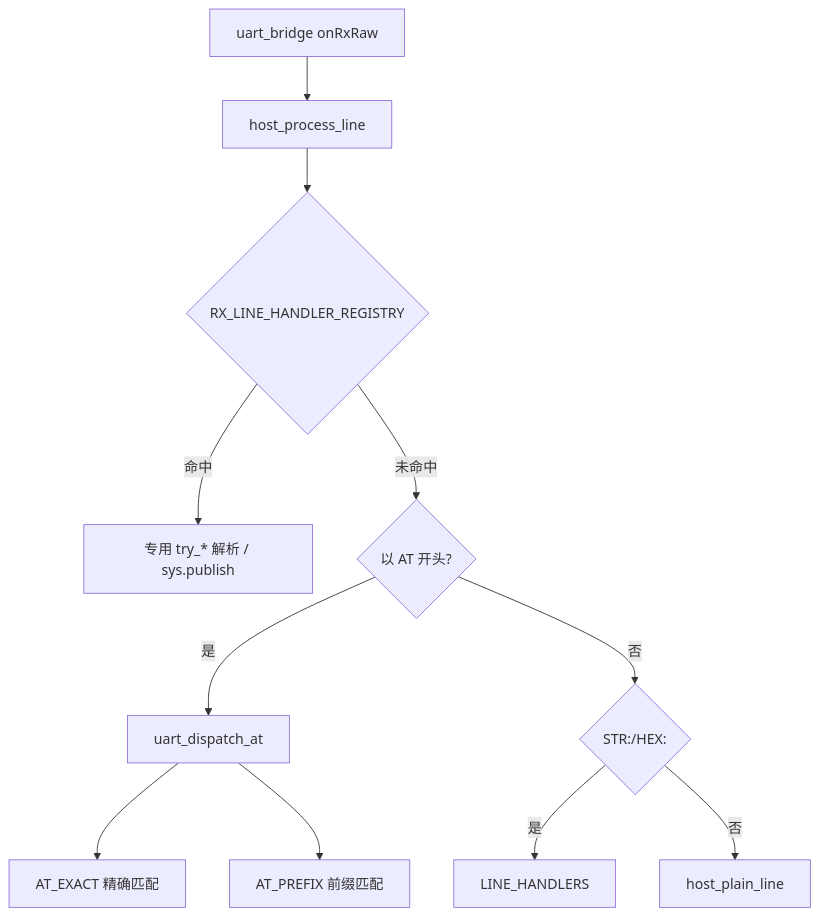
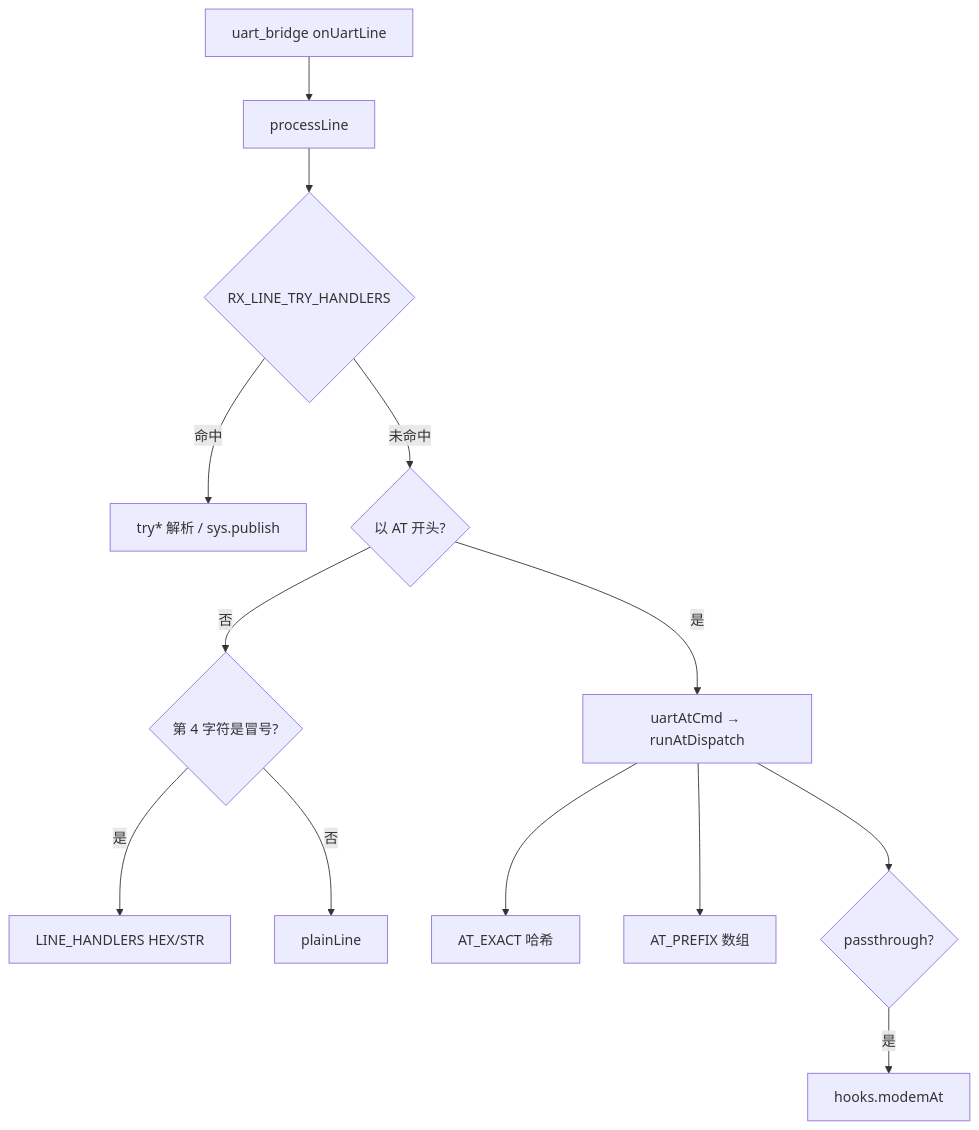
One commit to dzr1986/AIR780EHM changed the diagram in doc/modules/HOST_UART_AT_DISPATCH.md. Above: the diagram before and after it, drawn with Mermaid. The commit also changed other lines of this file and 16 other files, not shown here.

````diff
--- a/doc/modules/HOST_UART_AT_DISPATCH.md
+++ b/doc/modules/HOST_UART_AT_DISPATCH.md
@@ -48,13 +81,15 @@
 ```mermaid
 flowchart TD
-    RX[uart_bridge onRxRaw] --> PROC[host_process_line]
-    PROC --> TRY{RX_LINE_HANDLER_REGISTRY}
-    TRY -->|命中| ACK[专用 try_* 解析 / sys.publish]
+    RX[uart_bridge onUartLine] --> PROC[processLine]
+    PROC --> TRY{RX_LINE_TRY_HANDLERS}
+    TRY -->|命中| ACK[try* 解析 / sys.publish]
     TRY -->|未命中| AT{以 AT 开头?}
-    AT -->|是| DISPATCH[uart_dispatch_at]
-    AT -->|否| STR{STR:/HEX:}
-    STR -->|是| LINE[LINE_HANDLERS]
-    STR -->|否| PLAIN[host_plain_line]
-    DISPATCH --> EXACT[AT_EXACT 精确匹配]
-    DISPATCH --> PREFIX[AT_PREFIX 前缀匹配]
+    AT -->|是| DISPATCH[uartAtCmd → runAtDispatch]
+    AT -->|否| STR{第 4 字符是冒号?}
+    STR -->|是| LINE[LINE_HANDLERS HEX/STR]
+    STR -->|否| PLAIN[plainLine]
+    DISPATCH --> EXACT[AT_EXACT 哈希]
+    DISPATCH --> PREFIX[AT_PREFIX 数组]
+    DISPATCH --> RIL{passthrough?}
+    RIL -->|是| MODEM[hooks.modemAt]
 ```
````
